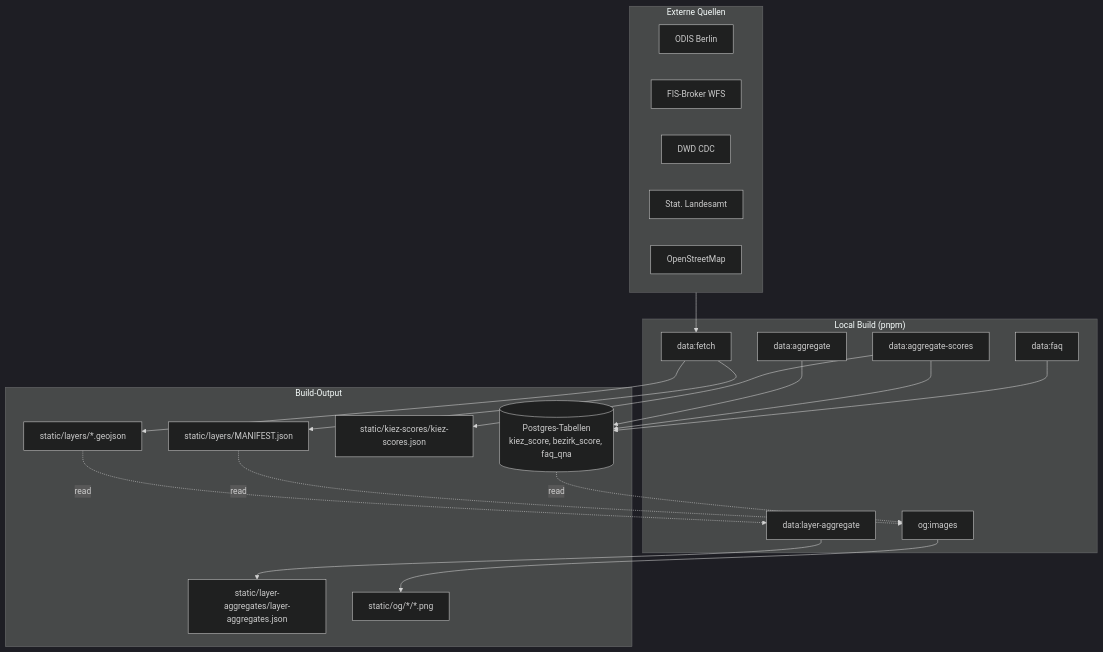
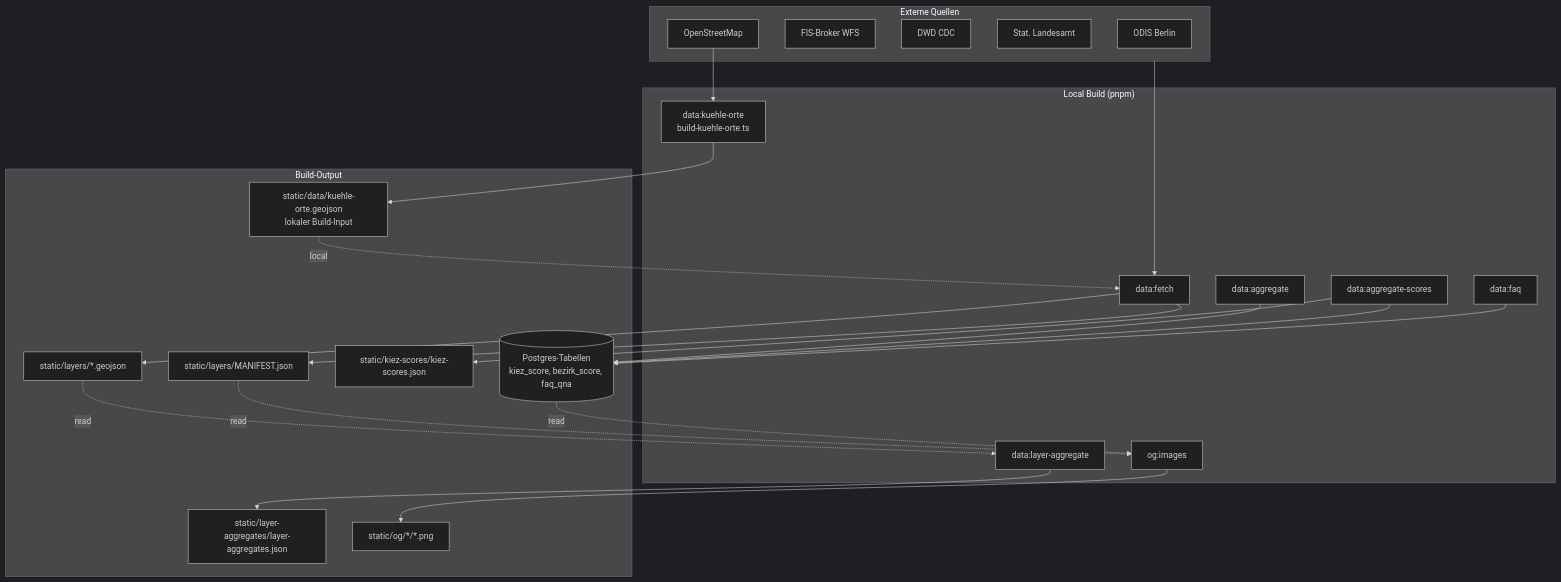
One commit to mschmdb/navigator-berlin changed the second of 4 diagrams in docs/architecture/system-map.md. Above: the diagram before and after it, drawn with Mermaid (dark theme). The commit also changed other lines of this file and 13 other files, not shown here.

First line of the commit message:
docs(kuehle-orte): methodik + ADR-020 + epic-15 doc sweep (Stories 15.6, 15.7)

````diff
--- a/docs/architecture/system-map.md
+++ b/docs/architecture/system-map.md
@@ -58,41 +58,46 @@
 ```mermaid
 graph TB
   subgraph External["Externe Quellen"]
     ODIS[ODIS Berlin]
     FIS[FIS-Broker WFS]
     DWD[DWD CDC]
     Stat[Stat. Landesamt]
     OSM[OpenStreetMap]
   end
 
   subgraph Local["Local Build (pnpm)"]
     Fetch[data:fetch]
     Aggregate[data:aggregate]
     Scores[data:aggregate-scores]
     LayerAgg[data:layer-aggregate]
     FAQ[data:faq]
     OG[og:images]
+    BuildKuehle[data:kuehle-orte<br/>build-kuehle-orte.ts]
   end
 
   subgraph Output["Build-Output"]
     StaticLayers[static/layers/*.geojson]
     Manifest[static/layers/MANIFEST.json]
     KiezScores[static/kiez-scores/kiez-scores.json]
     LayerAggJson[static/layer-aggregates/layer-aggregates.json]
+    KuehleInput[static/data/kuehle-orte.geojson<br/>lokaler Build-Input]
     OGPNGs[static/og/*/*.png]
     PGData[(Postgres-Tabellen<br/>kiez_score, bezirk_score, faq_qna)]
   end
 
   External --> Fetch
   Fetch --> StaticLayers
   Fetch --> Manifest
   Aggregate --> PGData
   Scores --> PGData
   Scores --> KiezScores
   StaticLayers -.read.-> LayerAgg
   LayerAgg --> LayerAggJson
   FAQ --> PGData
   OG --> OGPNGs
   Manifest -.read.-> OG
   PGData -.read.-> OG
+  OSM --> BuildKuehle
+  BuildKuehle --> KuehleInput
+  KuehleInput -.local.-> Fetch
 ```
````
